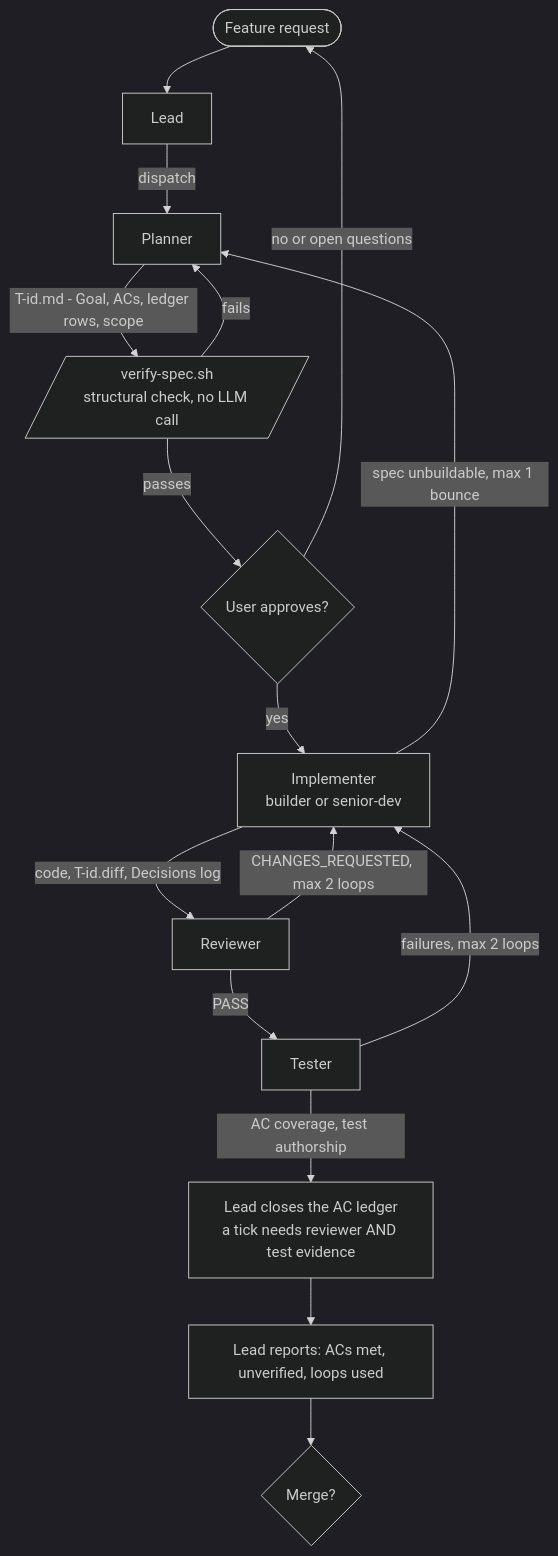
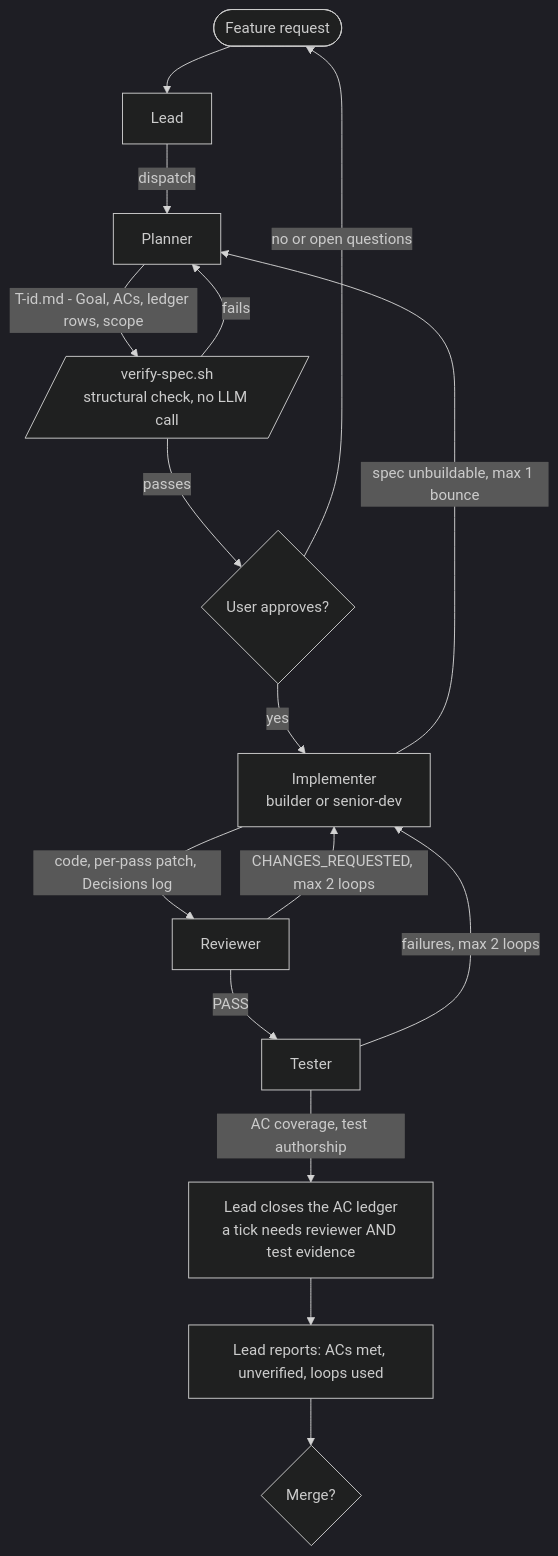
The first of 3 diagrams in README.md (MShokry/agent-toolkit), drawn with Mermaid (dark theme) before and after one commit. The commit also changed other lines of this file and 19 other files, not shown here.

````diff
--- a/README.md
+++ b/README.md
@@ -67,18 +72,18 @@
 ```mermaid
 flowchart TD
     Req([Feature request]) --> Lead
     Lead -->|dispatch| Planner
     Planner -->|T-id.md - Goal, ACs, ledger rows, scope| Spec[/verify-spec.sh<br/>structural check, no LLM call/]
     Spec -- fails --> Planner
     Spec -- passes --> Approve{User approves?}
     Approve -- no or open questions --> Req
     Approve -- yes --> Impl[Implementer<br/>builder or senior-dev]
     Impl -- spec unbuildable, max 1 bounce --> Planner
-    Impl -->|code, T-id.diff, Decisions log| Review[Reviewer]
+    Impl -->|code, per-pass patch, Decisions log| Review[Reviewer]
     Review -- CHANGES_REQUESTED, max 2 loops --> Impl
     Review -- PASS --> Test[Tester]
     Test -- failures, max 2 loops --> Impl
     Test -->|AC coverage, test authorship| Ledger[Lead closes the AC ledger<br/>a tick needs reviewer AND test evidence]
     Ledger --> Report[Lead reports: ACs met, unverified, loops used]
     Report --> Merge{Merge?}
 ```
````
